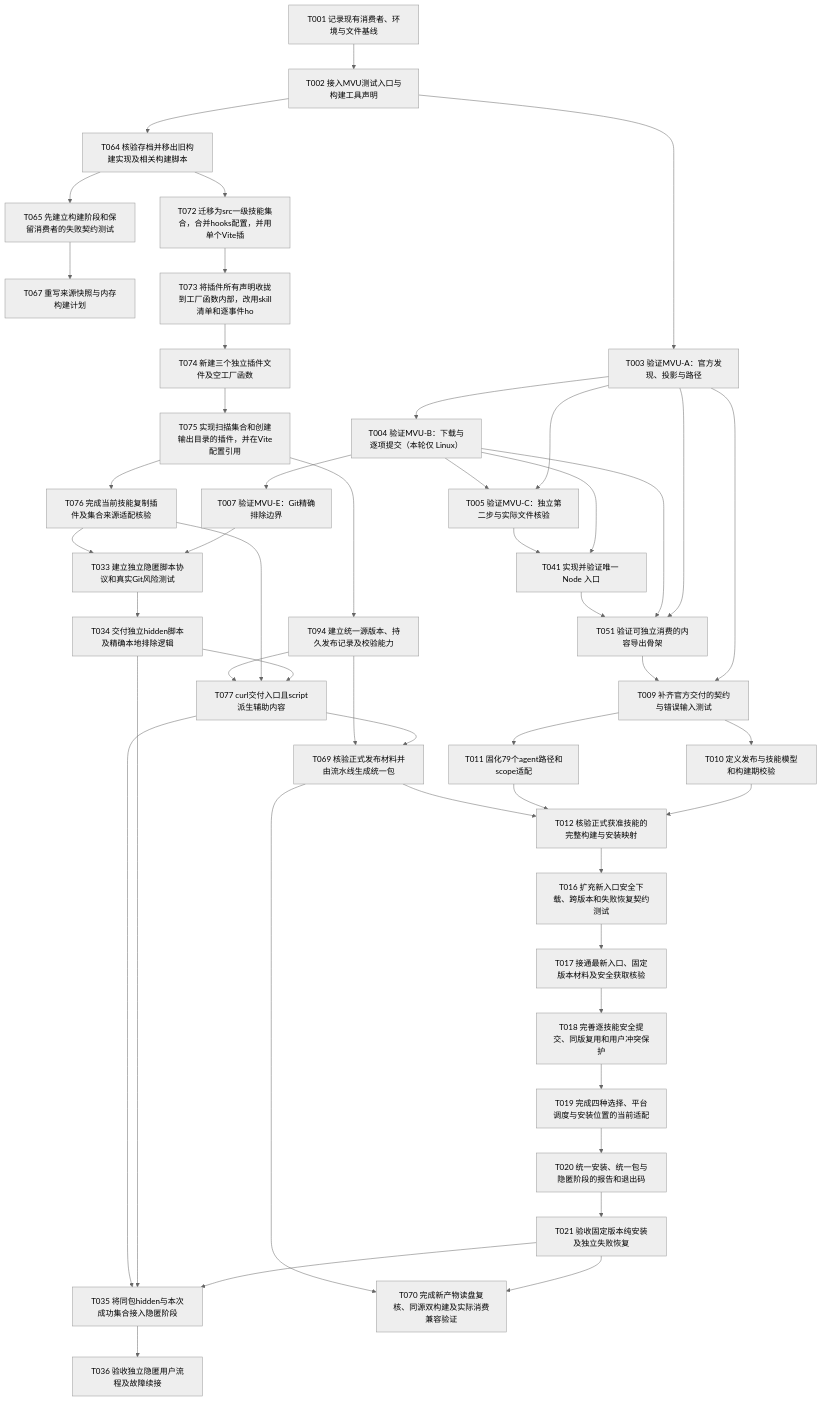
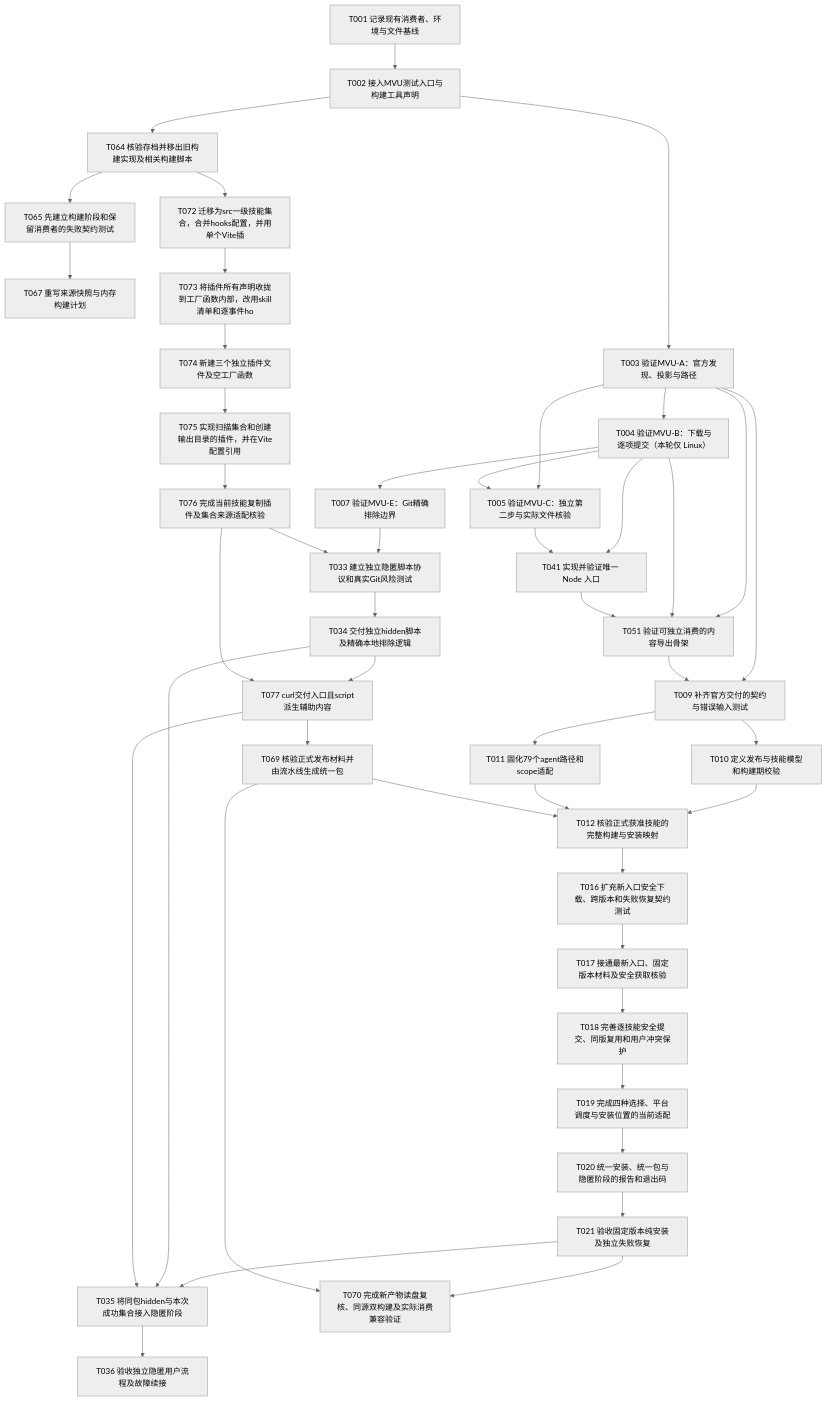
One commit to Ena-Heleneto/agent-foundry changed the first of 3 diagrams in specs/skills/001-skills-distribution/diagrams/logic-flow.md. Above: the diagram before and after it, drawn with Mermaid (neutral theme). The commit also changed other lines of this file and 42 other files, not shown here.

````diff
--- a/specs/skills/001-skills-distribution/diagrams/logic-flow.md
+++ b/specs/skills/001-skills-distribution/diagrams/logic-flow.md
@@ -41,7 +41,6 @@
     T075["T075 实现扫描集合和创建输出目录的插件，并在Vite配置引用"]
     T076["T076 完成当前技能复制插件及集合来源适配核验"]
     T077["T077 curl交付入口且script派生辅助内容"]
-    T094["T094 建立统一源版本、持久发布记录及校验能力"]
     T001 --> T002
     T002 --> T003
     T003 --> T004
@@ -77,7 +76,6 @@
     T064 --> T065
     T065 --> T067
     T077 --> T069
-    T094 --> T069
     T021 --> T070
     T069 --> T070
     T064 --> T072
@@ -87,6 +85,4 @@
     T075 --> T076
     T034 --> T077
     T076 --> T077
-    T094 --> T077
-    T075 --> T094
 ```
````
